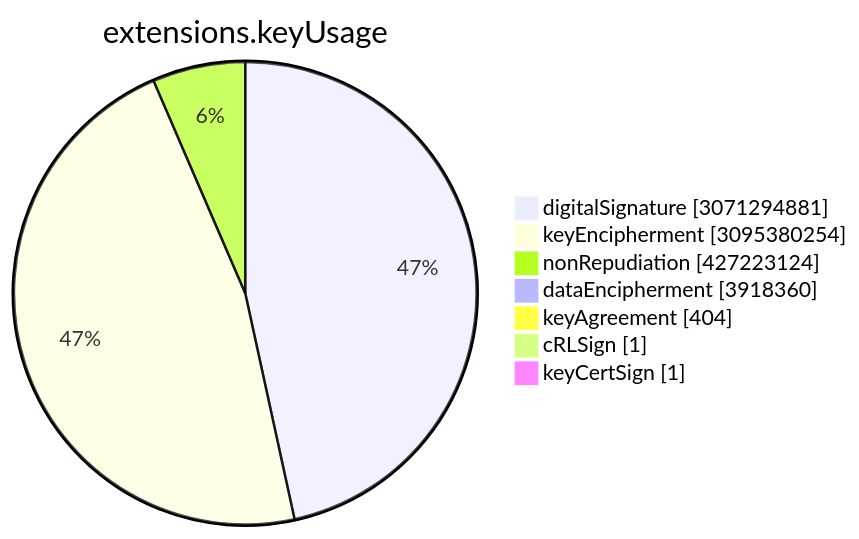
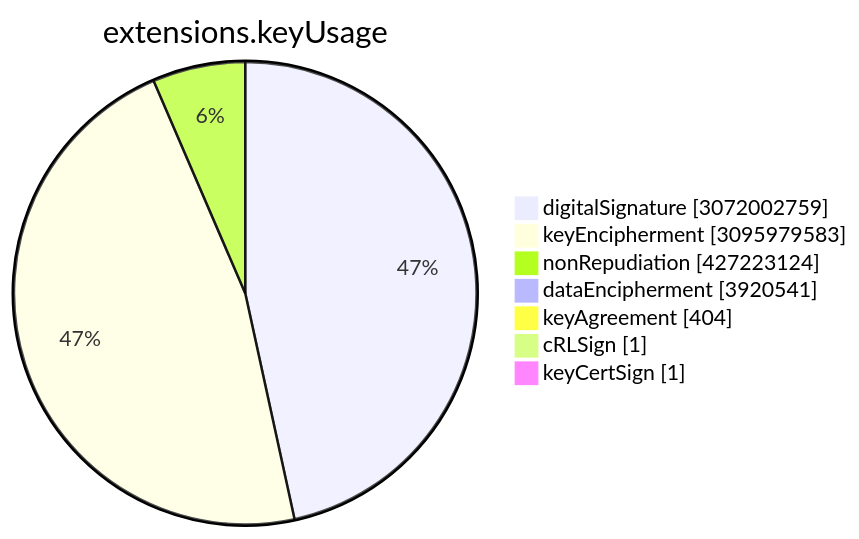
One commit to christiankrug/ctmonitor_visualization changed the sixth of 15 diagrams in TOTAL/README.md. Above: the diagram before and after it, drawn with Mermaid. The commit also changed other lines of this file, not shown here.

````diff
--- a/TOTAL/README.md
+++ b/TOTAL/README.md
@@ -3077,11 +3077,11 @@
 ```mermaid
 pie showData
 title extensions.keyUsage
-"digitalSignature" :3071294881
-"keyEncipherment" :3095380254
+"digitalSignature" :3072002759
+"keyEncipherment" :3095979583
 "nonRepudiation" :427223124
-"dataEncipherment" :3918360
+"dataEncipherment" :3920541
 "keyAgreement" :404
 "cRLSign" :1
 "keyCertSign" :1
 ```
````
